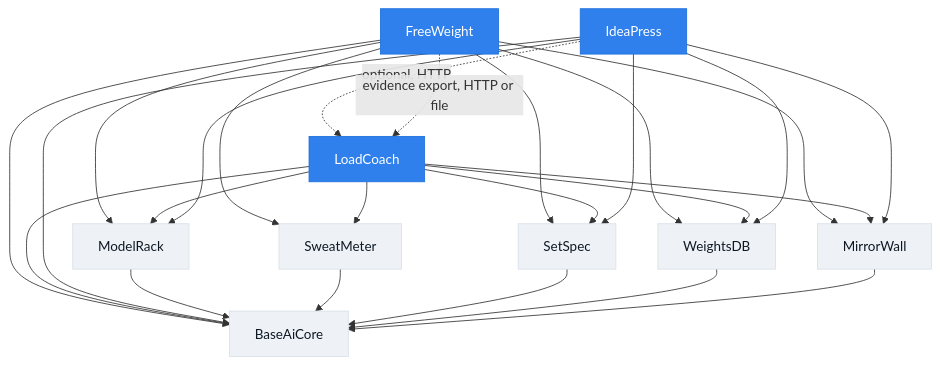
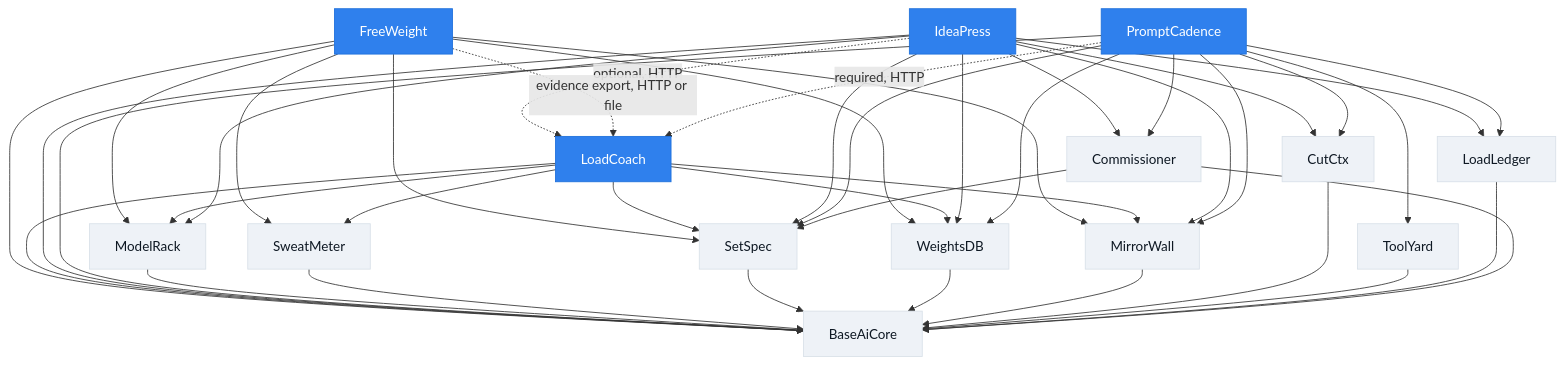
Before and after one commit to JPKell/OpenWeight-Gym: the first of 2 diagrams in architecture/executive-summary.md, drawn with Mermaid. The commit also changed other lines of this file and 12 other files, not shown here.

````diff
--- a/architecture/executive-summary.md
+++ b/architecture/executive-summary.md
@@ -66,28 +74,39 @@
 ```mermaid
 graph TD
     FW[FreeWeight]:::app
     LC[LoadCoach]:::app
     IP[IdeaPress]:::app
+    PC[PromptCadence]:::app
 
     MR[ModelRack]:::pkg
     SM[SweatMeter]:::pkg
     SS[SetSpec]:::pkg
     WD[WeightsDB]:::pkg
     MW[MirrorWall]:::pkg
+    CC[CutCtx]:::pkg
+    TY[ToolYard]:::pkg
+    LL[LoadLedger]:::pkg
+    CM[Commissioner]:::pkg
     BC[BaseAiCore]:::pkg
 
     FW --> MR & SM & SS & WD & MW & BC
     LC --> MR & SM & SS & WD & MW & BC
-    IP --> MR & SS & WD & MW & BC
+    IP --> MR & SS & WD & MW & CC & LL & CM & BC
+    PC --> SS & WD & MW & CC & TY & LL & CM & BC
     MR --> BC
     SM --> BC
     SS --> BC
     WD --> BC
     MW --> BC
+    CC --> BC
+    TY --> BC
+    LL --> BC
+    CM --> BC & SS
 
     IP -. "optional, HTTP" .-> LC
     FW -. "evidence export, HTTP or file" .-> LC
+    PC -. "required, HTTP" .-> LC
 
     classDef app fill:#2F80ED,stroke:#1D6FDB,color:#fff
     classDef pkg fill:#EEF2F7,stroke:#D8E0E8,color:#0E1823
 ```
````
